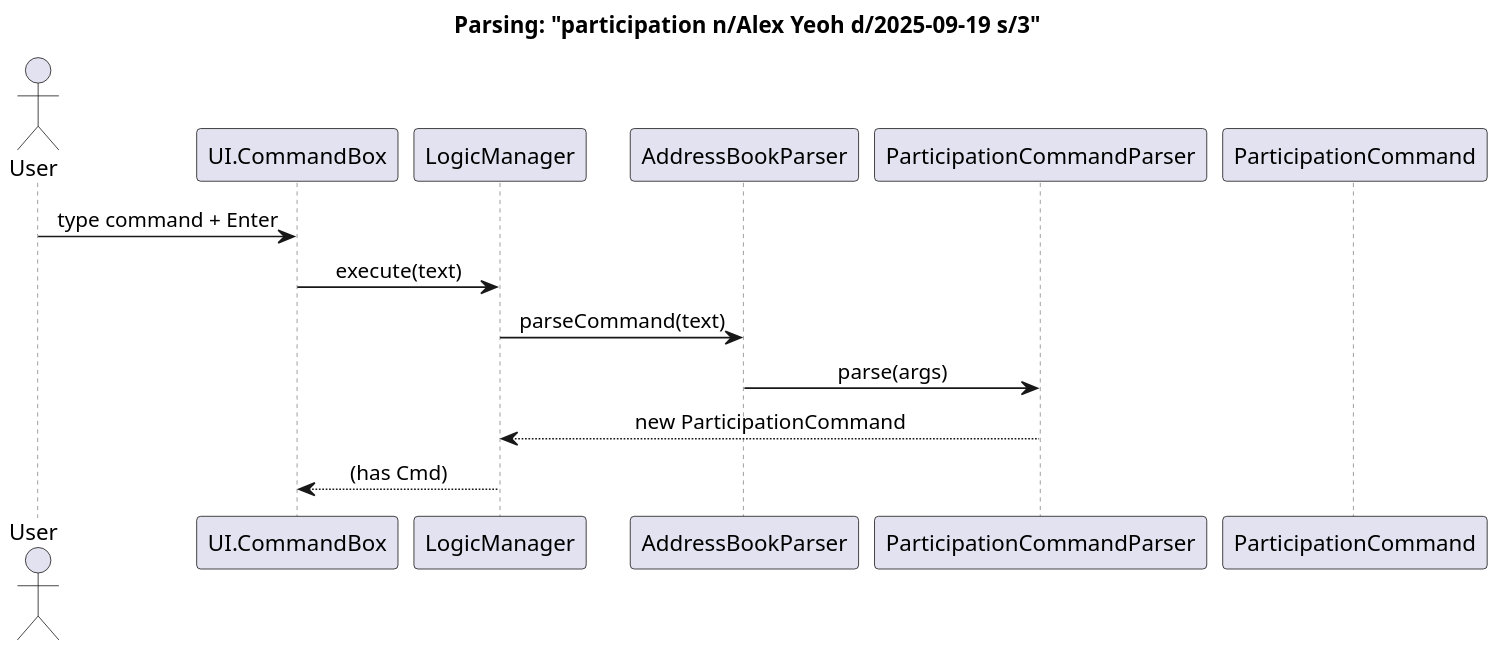
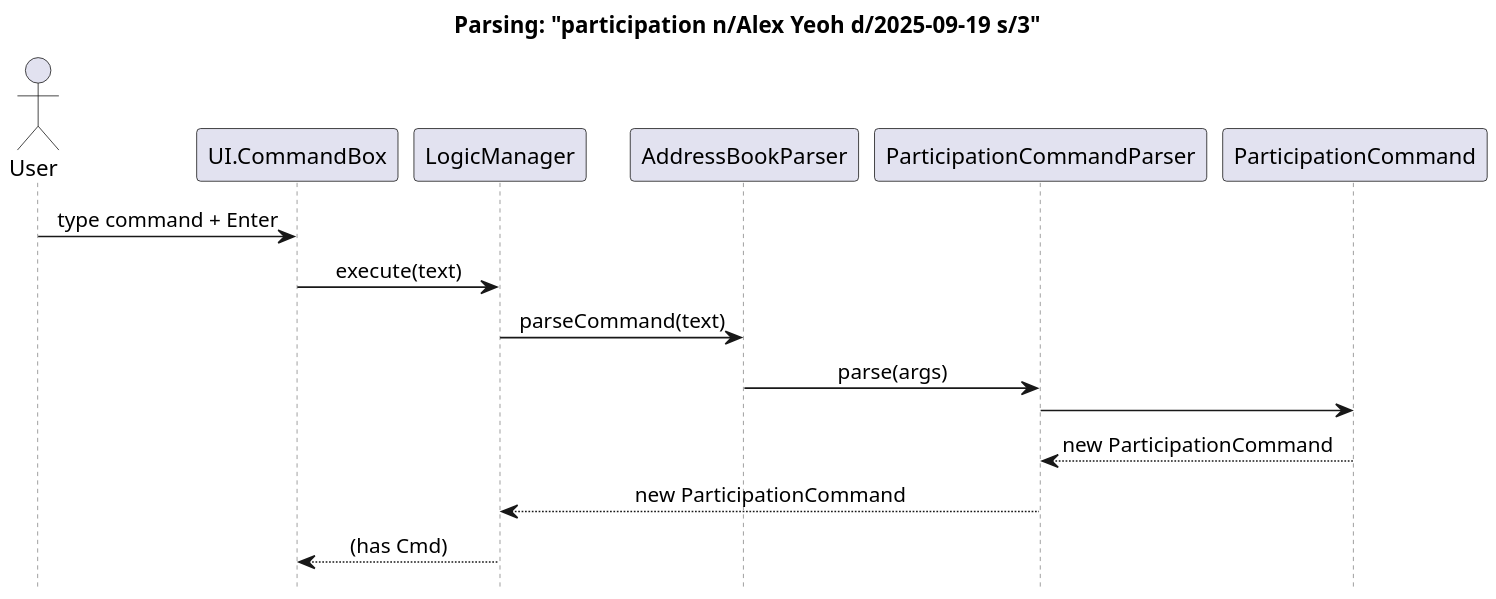
The diagram in diagrams/Participation_Parse.puml (AY2526S1-CS2103T-F12-2/tp), drawn with PlantUML before and after one commit. The commit also changed 54 other files, not shown here.

```diff
--- a/diagrams/Participation_Parse.puml
+++ b/diagrams/Participation_Parse.puml
@@ -1,27 +1,31 @@
 @startuml
 skinparam dpi 180
 skinparam defaultTextAlignment center
 skinparam sequence {
   LifeLineBorderColor #888
   LifeLineBackgroundColor #f7f7f7
   ParticipantFontSize 14
   ArrowFontSize 13
   BoxFontSize 14
 }
 
 title Parsing: "participation n/Alex Yeoh d/2025-09-19 s/3"
 
 actor User
 participant "UI.CommandBox" as UI
 participant "LogicManager" as Logic
 participant "AddressBookParser" as ABP
 participant "ParticipationCommandParser" as PCP
 participant "ParticipationCommand" as Cmd
 
 User -> UI : type command + Enter
 UI -> Logic : execute(text)
 Logic -> ABP : parseCommand(text)
 ABP -> PCP : parse(args)
+PCP -> Cmd
+Cmd --> PCP : new ParticipationCommand
 PCP --> Logic : new ParticipationCommand
 Logic --> UI : (has Cmd)
+
+hide footbox
 @enduml
```
